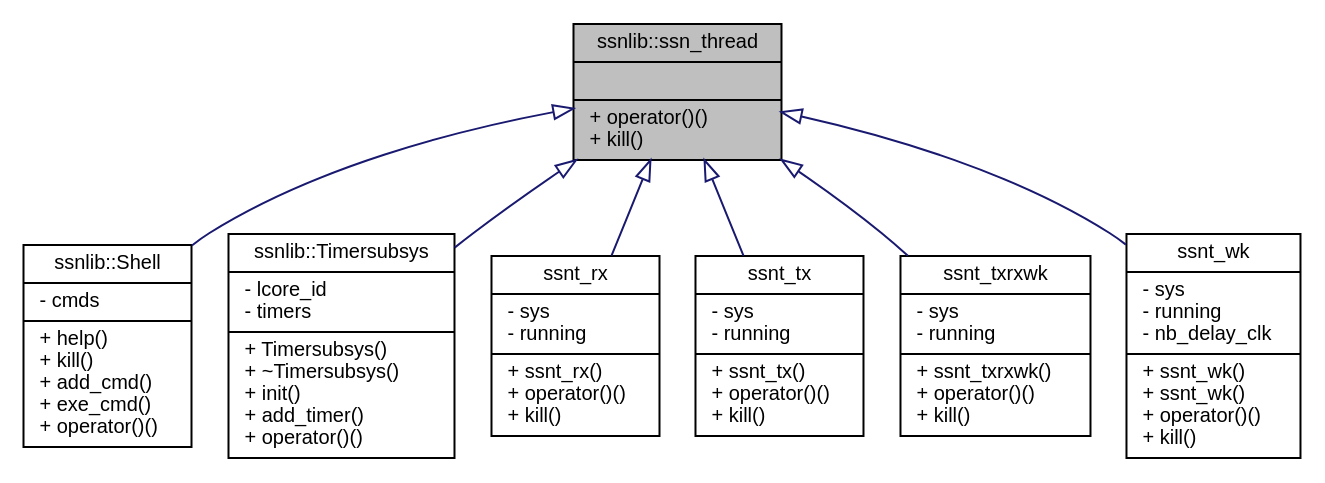
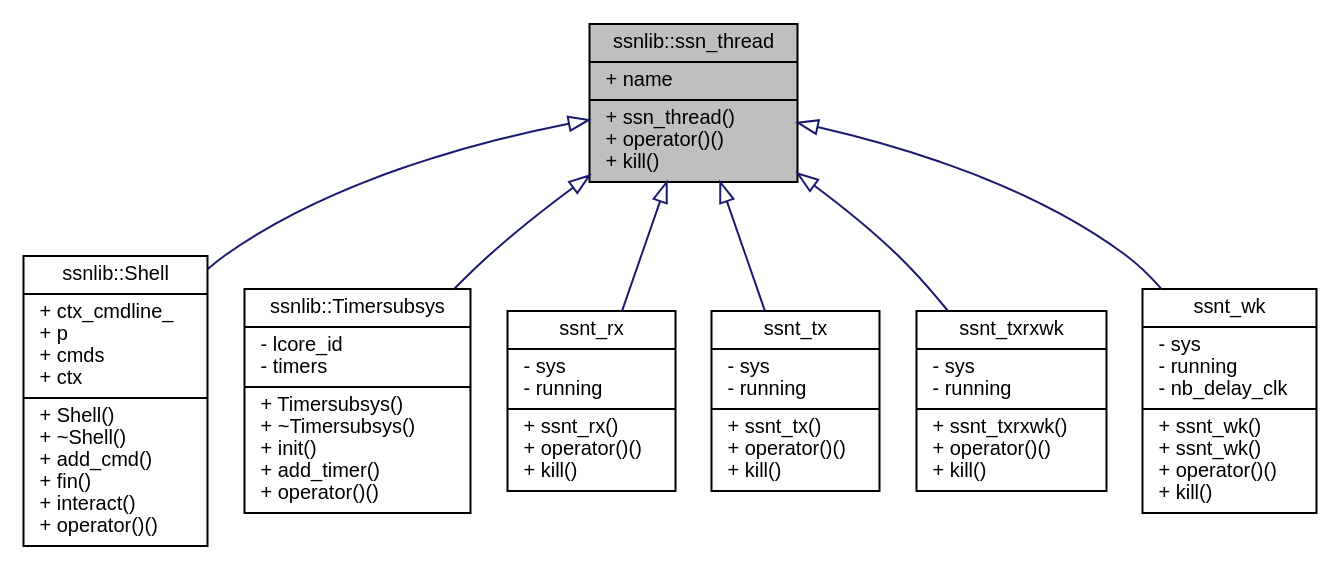
One commit to susanoog/susanoog.github.io changed the diagram in api/classssnlib_1_1ssn__thread__inherit__graph.dot. Above: the diagram before and after it, drawn with Graphviz. The commit also changed 203 other files, not shown here.

```diff
--- a/api/classssnlib_1_1ssn__thread__inherit__graph.dot
+++ b/api/classssnlib_1_1ssn__thread__inherit__graph.dot
@@ -1,18 +1,18 @@
 digraph "ssnlib::ssn_thread"
 {
   edge [fontname="Helvetica",fontsize="10",labelfontname="Helvetica",labelfontsize="10"];
   node [fontname="Helvetica",fontsize="10",shape=record];
-  Node1 [label="{ssnlib::ssn_thread\n||+ operator()()\l+ kill()\l}",height=0.2,width=0.4,color="black", fillcolor="grey75", style="filled", fontcolor="black"];
+  Node1 [label="{ssnlib::ssn_thread\n|+ name\l|+ ssn_thread()\l+ operator()()\l+ kill()\l}",height=0.2,width=0.4,color="black", fillcolor="grey75", style="filled", fontcolor="black"];
   Node1 -> Node2 [dir="back",color="midnightblue",fontsize="10",style="solid",arrowtail="onormal",fontname="Helvetica"];
-  Node2 [label="{ssnlib::Shell\n|- cmds\l|+ help()\l+ kill()\l+ add_cmd()\l+ exe_cmd()\l+ operator()()\l}",height=0.2,width=0.4,color="black", fillcolor="white", style="filled",URL="$classssnlib_1_1Shell.html"];
+  Node2 [label="{ssnlib::Shell\n|+ ctx_cmdline_\l+ p\l+ cmds\l+ ctx\l|+ Shell()\l+ ~Shell()\l+ add_cmd()\l+ fin()\l+ interact()\l+ operator()()\l}",height=0.2,width=0.4,color="black", fillcolor="white", style="filled",URL="$structssnlib_1_1Shell.html"];
   Node1 -> Node3 [dir="back",color="midnightblue",fontsize="10",style="solid",arrowtail="onormal",fontname="Helvetica"];
   Node3 [label="{ssnlib::Timersubsys\n|- lcore_id\l- timers\l|+ Timersubsys()\l+ ~Timersubsys()\l+ init()\l+ add_timer()\l+ operator()()\l}",height=0.2,width=0.4,color="black", fillcolor="white", style="filled",URL="$classssnlib_1_1Timersubsys.html"];
   Node1 -> Node4 [dir="back",color="midnightblue",fontsize="10",style="solid",arrowtail="onormal",fontname="Helvetica"];
   Node4 [label="{ssnt_rx\n|- sys\l- running\l|+ ssnt_rx()\l+ operator()()\l+ kill()\l}",height=0.2,width=0.4,color="black", fillcolor="white", style="filled",URL="$classssnt__rx.html"];
   Node1 -> Node5 [dir="back",color="midnightblue",fontsize="10",style="solid",arrowtail="onormal",fontname="Helvetica"];
   Node5 [label="{ssnt_tx\n|- sys\l- running\l|+ ssnt_tx()\l+ operator()()\l+ kill()\l}",height=0.2,width=0.4,color="black", fillcolor="white", style="filled",URL="$classssnt__tx.html"];
   Node1 -> Node6 [dir="back",color="midnightblue",fontsize="10",style="solid",arrowtail="onormal",fontname="Helvetica"];
   Node6 [label="{ssnt_txrxwk\n|- sys\l- running\l|+ ssnt_txrxwk()\l+ operator()()\l+ kill()\l}",height=0.2,width=0.4,color="black", fillcolor="white", style="filled",URL="$classssnt__txrxwk.html"];
   Node1 -> Node7 [dir="back",color="midnightblue",fontsize="10",style="solid",arrowtail="onormal",fontname="Helvetica"];
   Node7 [label="{ssnt_wk\n|- sys\l- running\l- nb_delay_clk\l|+ ssnt_wk()\l+ ssnt_wk()\l+ operator()()\l+ kill()\l}",height=0.2,width=0.4,color="black", fillcolor="white", style="filled",URL="$classssnt__wk.html"];
 }
```
